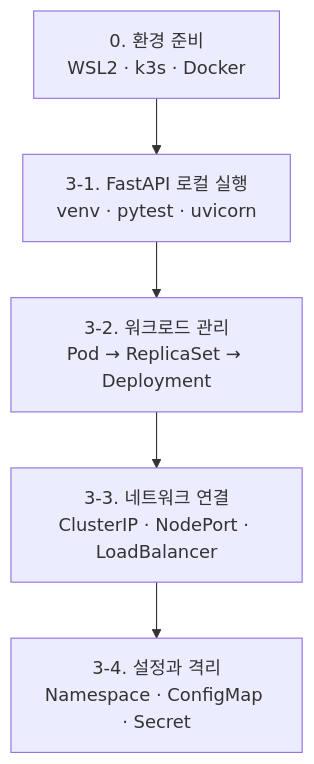
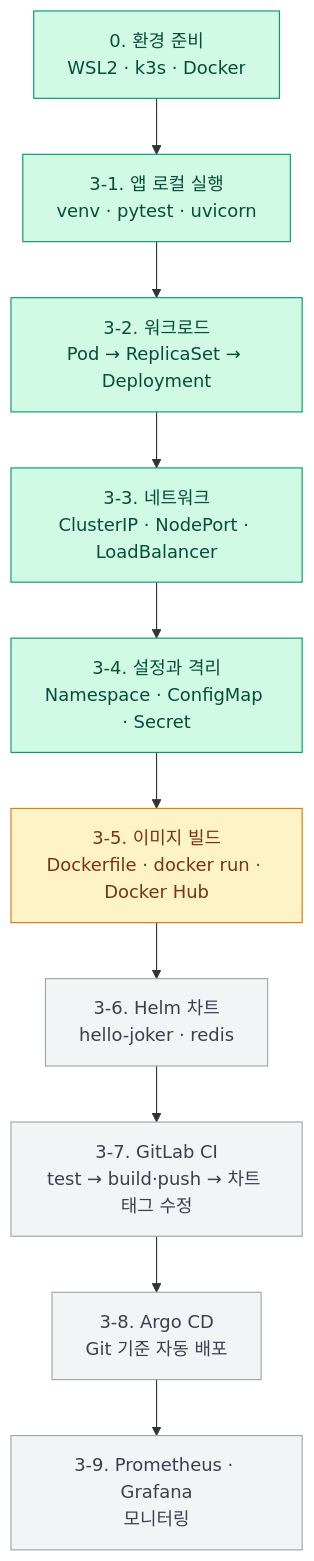
Before and after one commit to stat-yongsan/MLOps-study: the second of 2 diagrams in week1/README.md, drawn with Mermaid. The commit also changed other lines of this file, not shown here.

````diff
--- a/week1/README.md
+++ b/week1/README.md
@@ -234,7 +263,18 @@
 ```mermaid
 flowchart TD
-    A[0. 환경 준비<br/>WSL2 · k3s · Docker] --> B[3-1. FastAPI 로컬 실행<br/>venv · pytest · uvicorn]
-    B --> C[3-2. 워크로드 관리<br/>Pod → ReplicaSet → Deployment]
-    C --> D[3-3. 네트워크 연결<br/>ClusterIP · NodePort · LoadBalancer]
-    D --> E[3-4. 설정과 격리<br/>Namespace · ConfigMap · Secret]
+    A["0. 환경 준비<br/>WSL2 · k3s · Docker"] --> B["3-1. 앱 로컬 실행<br/>venv · pytest · uvicorn"]
+    B --> C["3-2. 워크로드<br/>Pod → ReplicaSet → Deployment"]
+    C --> D["3-3. 네트워크<br/>ClusterIP · NodePort · LoadBalancer"]
+    D --> E["3-4. 설정과 격리<br/>Namespace · ConfigMap · Secret"]
+    E --> F["3-5. 이미지 빌드<br/>Dockerfile · docker run · Docker Hub"]
+    F --> G["3-6. Helm 차트<br/>hello-joker · redis"]
+    G --> H["3-7. GitLab CI<br/>test → build·push → 차트 태그 수정"]
+    H --> I["3-8. Argo CD<br/>Git 기준 자동 배포"]
+    I --> J["3-9. Prometheus · Grafana<br/>모니터링"]
+    classDef done fill:#d1fae5,stroke:#059669,color:#064e3b
+    classDef doing fill:#fef3c7,stroke:#d97706,color:#78350f
+    classDef todo fill:#f3f4f6,stroke:#9ca3af,color:#374151
+    class A,B,C,D,E done
+    class F doing
+    class G,H,I,J todo
 ```
````
